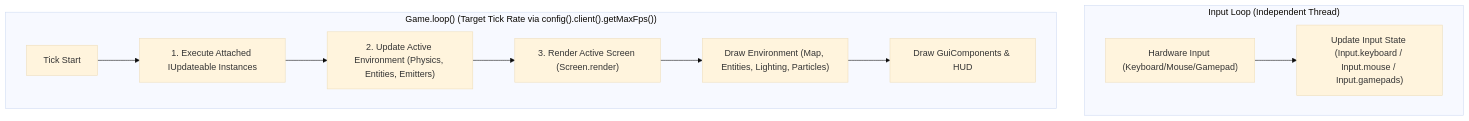
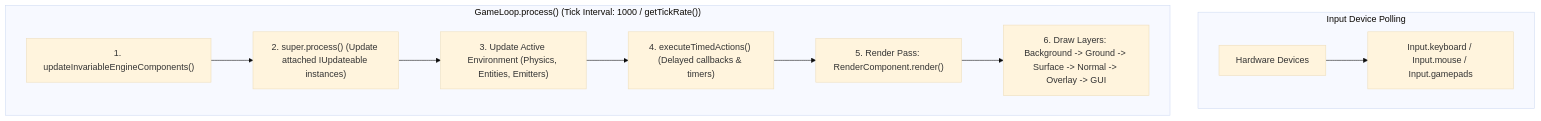
One commit to gurkenlabs/litiengine-docs changed the diagram in docs/game-api/loops.md. Above: the diagram before and after it, drawn with Mermaid (base theme). The commit also changed other lines of this file and 17 other files, not shown here.

````diff
--- a/docs/game-api/loops.md
+++ b/docs/game-api/loops.md
@@ -15,14 +19,14 @@
 ```mermaid
 flowchart TD
- subgraph InputLoop["Input Loop (Independent Thread)"]
- RawHW["Hardware Input (Keyboard/Mouse/Gamepad)"] --> InputState["Update Input State (Input.keyboard / Input.mouse / Input.gamepads)"]
- end
+    subgraph InputProcessing["Input Device Polling"]
+        HW["Hardware Devices"] --> InputState["Input.keyboard / Input.mouse / Input.gamepads"]
+    end
 
- subgraph MainGameLoop["Game.loop() (Target Tick Rate via config().client().getMaxFps())"]
- TickStart["Tick Start"] --> UpdateLoop["1. Execute Attached IUpdateable Instances"]
- UpdateLoop --> UpdateEnv["2. Update Active Environment (Physics, Entities, Emitters)"]
- UpdateEnv --> RenderPass["3. Render Active Screen (Screen.render)"]
- RenderPass --> RenderWorld["Draw Environment (Map, Entities, Lighting, Particles)"]
- RenderWorld --> RenderGUI["Draw GuiComponents & HUD"]
- end
+    subgraph TickExecution["GameLoop.process() (Tick Interval: 1000 / getTickRate())"]
+        Step1["1. updateInvariableEngineComponents()"] --> Step2["2. super.process() (Update attached IUpdateable instances)"]
+        Step2 --> Step3["3. Update Active Environment (Physics, Entities, Emitters)"]
+        Step3 --> Step4["4. executeTimedActions() (Delayed callbacks & timers)"]
+        Step4 --> Step5["5. Render Pass: RenderComponent.render()"]
+        Step5 --> Step6["6. Draw Layers: Background -> Ground -> Surface -> Normal -> Overlay -> GUI"]
+    end
 ```
````
